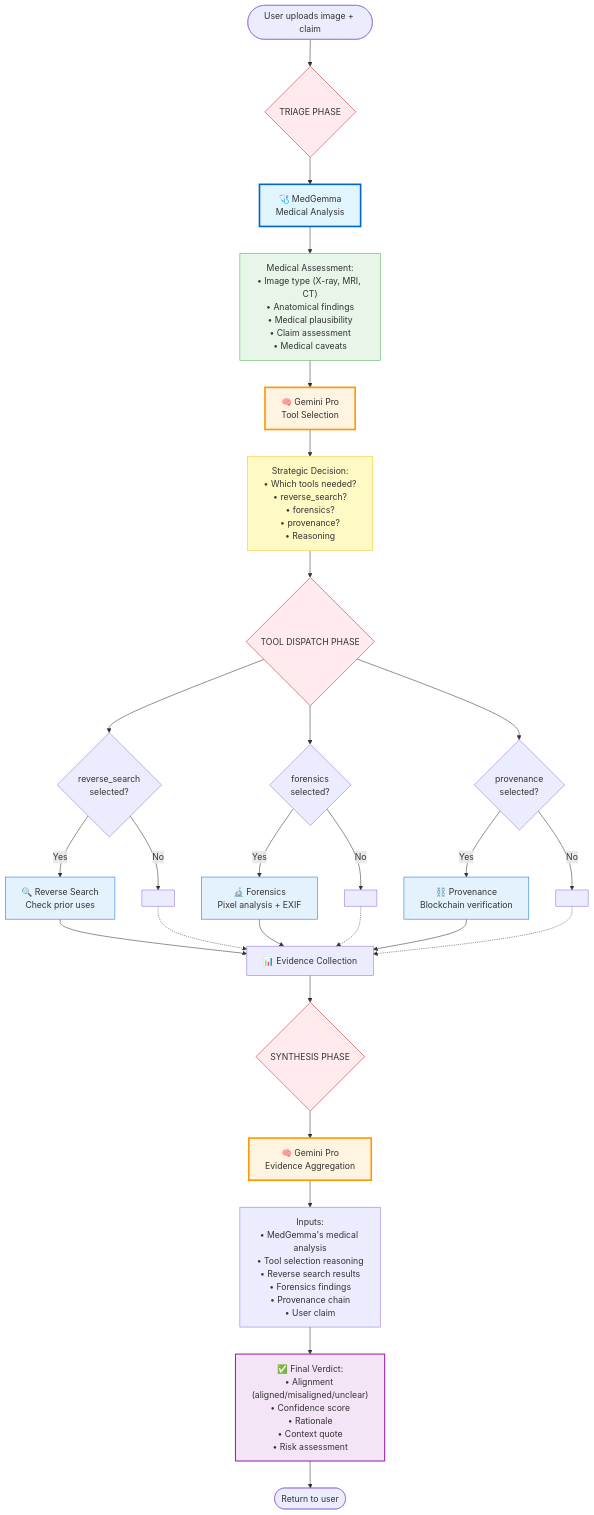
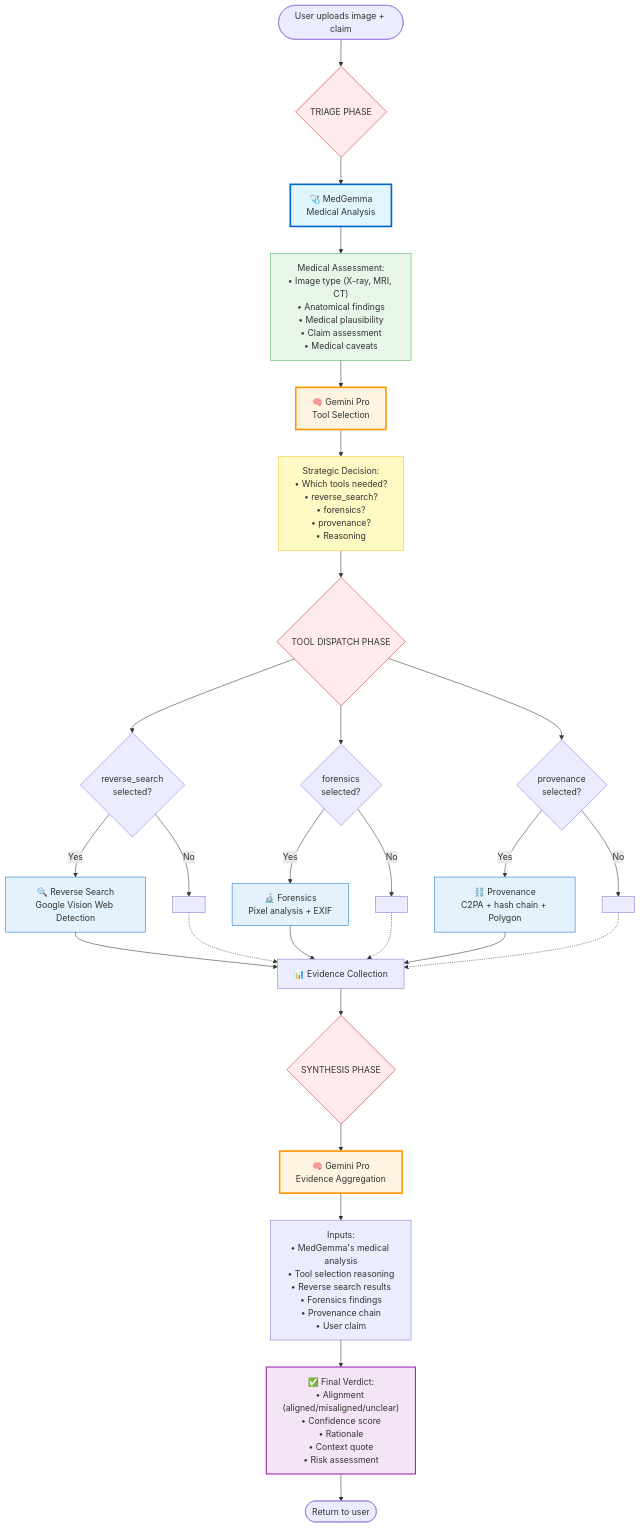
The diagram in docs/AGENTIC_WORKFLOW.md (drjforrest/MedContext-impact), drawn with Mermaid before and after one commit. The commit also changed other lines of this file and 36 other files, not shown here.

````diff
--- a/docs/AGENTIC_WORKFLOW.md
+++ b/docs/AGENTIC_WORKFLOW.md
@@ -14,57 +14,57 @@
 ```mermaid
 graph TB
     Start([User uploads image + claim]) --> TriageStart{TRIAGE PHASE}
 
     TriageStart --> MedGemma[🩺 MedGemma<br/>Medical Analysis]
 
     MedGemma --> MedOutput["Medical Assessment:<br/>• Image type (X-ray, MRI, CT)<br/>• Anatomical findings<br/>• Medical plausibility<br/>• Claim assessment<br/>• Medical caveats"]
 
     MedOutput --> Orchestrator[🧠 Gemini Pro<br/>Tool Selection]
 
     Orchestrator --> ToolDecision["Strategic Decision:<br/>• Which tools needed?<br/>• reverse_search?<br/>• forensics?<br/>• provenance?<br/>• Reasoning"]
 
     ToolDecision --> DispatchStart{TOOL DISPATCH PHASE}
 
     DispatchStart --> CheckReverse{reverse_search<br/>selected?}
     DispatchStart --> CheckForensics{forensics<br/>selected?}
     DispatchStart --> CheckProvenance{provenance<br/>selected?}
 
-    CheckReverse -->|Yes| ReverseSearch[🔍 Reverse Search<br/>Check prior uses]
+    CheckReverse -->|Yes| ReverseSearch[🔍 Reverse Search<br/>Google Vision Web Detection]
     CheckReverse -->|No| SkipReverse[ ]
 
     CheckForensics -->|Yes| Forensics[🔬 Forensics<br/>Pixel analysis + EXIF]
     CheckForensics -->|No| SkipForensics[ ]
 
-    CheckProvenance -->|Yes| Provenance[⛓️ Provenance<br/>Blockchain verification]
+    CheckProvenance -->|Yes| Provenance[⛓️ Provenance<br/>C2PA + hash chain + Polygon]
     CheckProvenance -->|No| SkipProvenance[ ]
 
     ReverseSearch --> Evidence[📊 Evidence Collection]
     Forensics --> Evidence
     Provenance --> Evidence
     SkipReverse -.-> Evidence
     SkipForensics -.-> Evidence
     SkipProvenance -.-> Evidence
 
     Evidence --> SynthesisStart{SYNTHESIS PHASE}
 
     SynthesisStart --> Synthesizer[🧠 Gemini Pro<br/>Evidence Aggregation]
 
     Synthesizer --> SynthInput["Inputs:<br/>• MedGemma's medical analysis<br/>• Tool selection reasoning<br/>• Reverse search results<br/>• Forensics findings<br/>• Provenance chain<br/>• User claim"]
 
     SynthInput --> FinalVerdict["✅ Final Verdict:<br/>• Alignment (aligned/misaligned/unclear)<br/>• Confidence score<br/>• Rationale<br/>• Context quote<br/>• Risk assessment"]
 
     FinalVerdict --> End([Return to user])
 
     style MedGemma fill:#e1f5ff,stroke:#0066cc,stroke-width:3px
     style Orchestrator fill:#fff4e1,stroke:#ff9800,stroke-width:3px
     style Synthesizer fill:#fff4e1,stroke:#ff9800,stroke-width:3px
     style MedOutput fill:#e8f5e9,stroke:#4caf50
     style ToolDecision fill:#fff9c4,stroke:#fbc02d
     style FinalVerdict fill:#f3e5f5,stroke:#9c27b0,stroke-width:2px
     style TriageStart fill:#ffebee,stroke:#c62828
     style DispatchStart fill:#ffebee,stroke:#c62828
     style SynthesisStart fill:#ffebee,stroke:#c62828
 
     classDef toolStyle fill:#e3f2fd,stroke:#1976d2
     class ReverseSearch,Forensics,Provenance toolStyle
 ```
````
